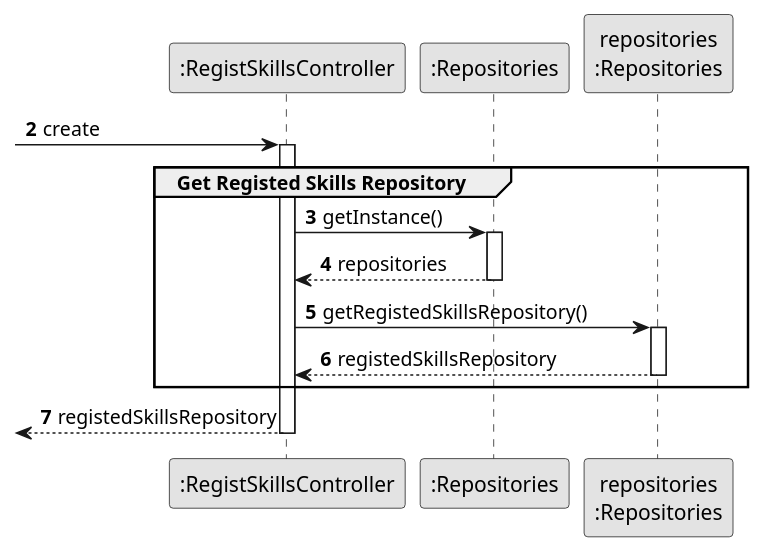
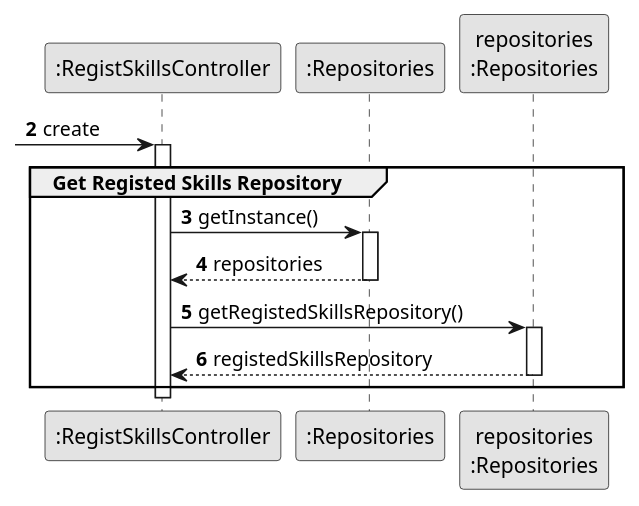
One commit to 1231360-ISEP/lei-24-s2-1db-g021 changed the diagram in docs/sprint2/us001/03.design/puml/us001-sequence-diagram-partial-get-registed-skills-repository.puml. Above: the diagram before and after it, drawn with PlantUML. The commit also changed 5 other files, not shown here.

Commit message:
Update US01 - Sequence Diagrams Partial and split and SVG´s

```diff
--- a/docs/sprint2/us001/03.design/puml/us001-sequence-diagram-partial-get-registed-skills-repository.puml
+++ b/docs/sprint2/us001/03.design/puml/us001-sequence-diagram-partial-get-registed-skills-repository.puml
@@ -1,35 +1,34 @@
 @startuml
 skinparam monochrome true
 skinparam packageStyle rectangle
 skinparam shadowing false
 
 autonumber
 
 participant ":RegistSkillsController" as CTRL
 participant ":Repositories" as RepositorySingleton
 participant "repositories\n:Repositories" as PLAT
 
 autonumber 2
 
  -> CTRL : create
 activate CTRL
     group Get Registed Skills Repository
 
             CTRL -> RepositorySingleton : getInstance()
             activate RepositorySingleton
 
                 RepositorySingleton --> CTRL: repositories
             deactivate RepositorySingleton
 
             CTRL -> PLAT : getRegistedSkillsRepository()
             activate PLAT
 
                 PLAT --> CTRL: registedSkillsRepository
             deactivate PLAT
 
     end
-    <-- CTRL : registedSkillsRepository
 deactivate CTRL
 
 
 @enduml
```
